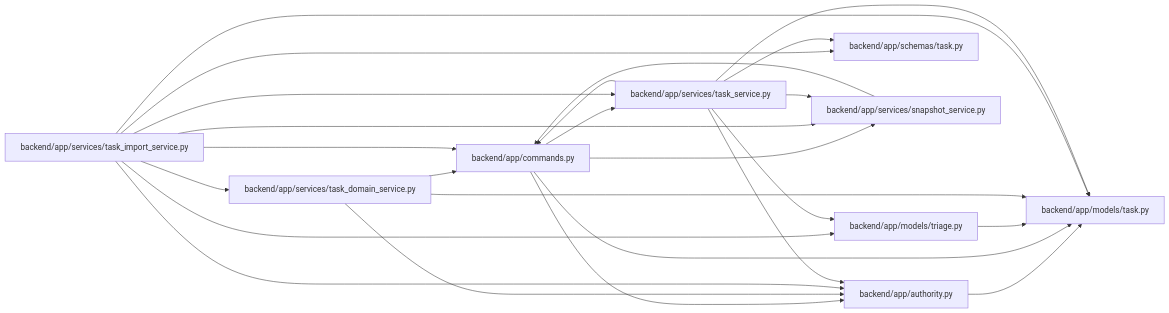
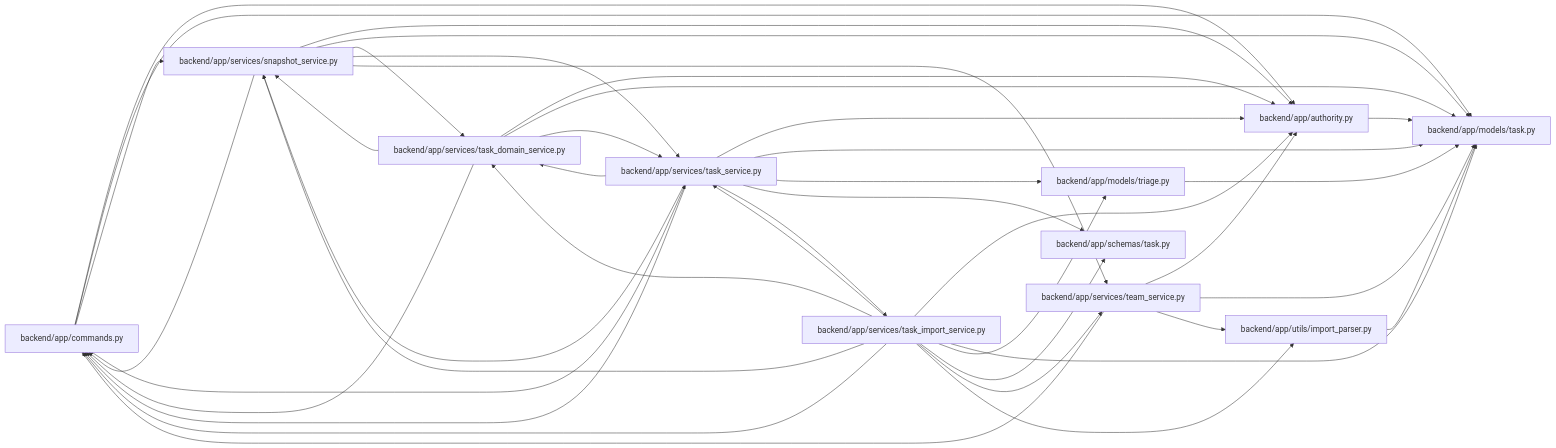
Before and after one commit to Denissvgn/WorkChord: the diagram in docs/llm_wiki/modules/task_import_service.md, drawn with Mermaid. The commit also changed other lines of this file and 25171 other files, not shown here.

````diff
--- a/docs/llm_wiki/modules/task_import_service.md
+++ b/docs/llm_wiki/modules/task_import_service.md
@@ -30,45 +32,65 @@
 ```mermaid
 flowchart LR
     n0["backend/app/authority.py"]
     n1["backend/app/commands.py"]
     n2["backend/app/models/task.py"]
     n3["backend/app/models/triage.py"]
     n4["backend/app/schemas/task.py"]
     n5["backend/app/services/snapshot_service.py"]
     n6["backend/app/services/task_domain_service.py"]
     n7["backend/app/services/task_import_service.py"]
     n8["backend/app/services/task_service.py"]
+    n9["backend/app/services/team_service.py"]
+    n10["backend/app/utils/import_parser.py"]
     n0 --> n2
     n1 --> n0
     n1 --> n2
     n1 --> n5
     n1 --> n8
     n3 --> n2
+    n5 --> n0
     n5 --> n1
+    n5 --> n2
+    n5 --> n6
+    n5 --> n8
+    n5 --> n9
     n6 --> n0
     n6 --> n1
     n6 --> n2
+    n6 --> n5
+    n6 --> n8
     n7 --> n0
     n7 --> n1
     n7 --> n2
     n7 --> n3
     n7 --> n4
     n7 --> n5
     n7 --> n6
     n7 --> n8
+    n7 --> n9
+    n7 --> n10
     n8 --> n0
     n8 --> n1
     n8 --> n2
     n8 --> n3
     n8 --> n4
     n8 --> n5
+    n8 --> n6
+    n8 --> n7
+    n9 --> n0
+    n9 --> n1
+    n9 --> n2
+    n9 --> n10
+    n10 --> n2
     click n0 "../modules/authority.md"
     click n1 "../modules/commands.md"
     click n2 "../modules/models_task.md"
     click n3 "../modules/models_triage.md"
     click n4 "../modules/schemas_task.md"
     click n5 "../modules/snapshot_service.md"
     click n6 "../modules/task_domain_service.md"
     click n7 "../modules/task_import_service.md"
     click n8 "../modules/task_service.md"
+    click n9 "../modules/team_service.md"
+    click n10 "../modules/import_parser.md"
 ```
````
